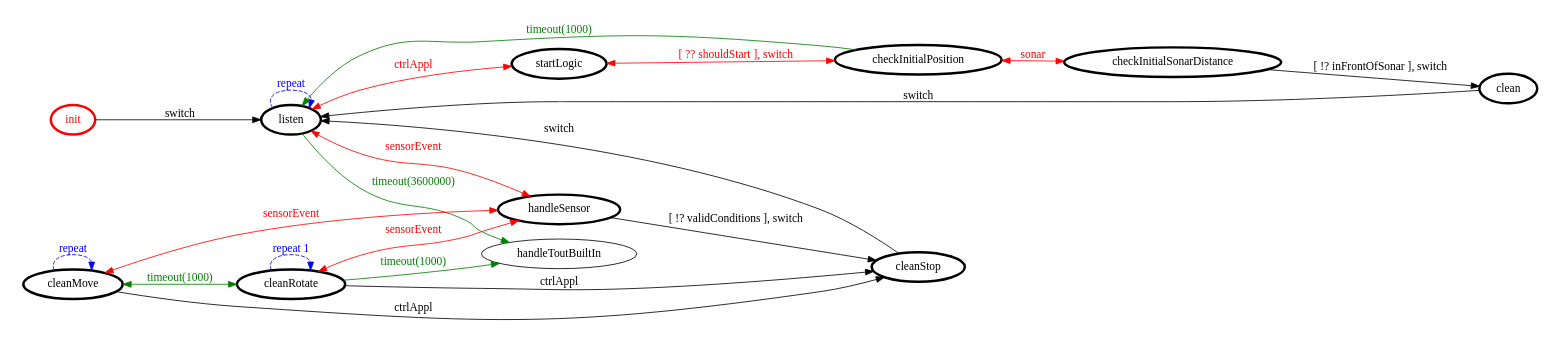
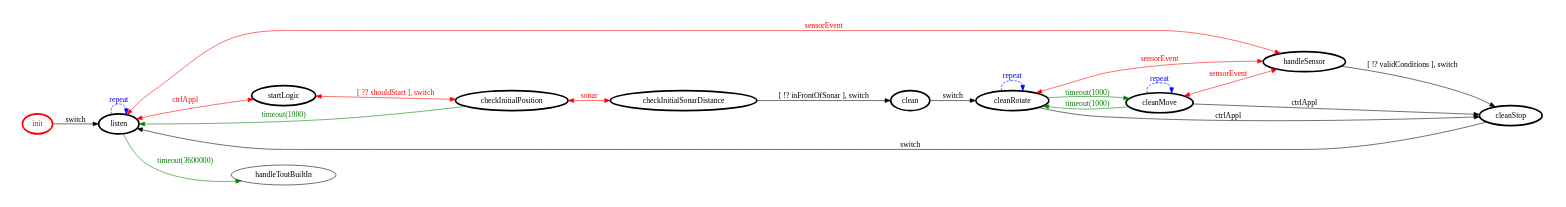
Before and after one commit to piscoTech/uniboIss2018: the diagram in it.unibo.finaltask/srcMore/it/unibo/webguiexecutor/webguiexecutor.gv, drawn with Graphviz. The commit also changed 3 other files, not shown here.

```diff
--- a/it.unibo.finaltask/srcMore/it/unibo/webguiexecutor/webguiexecutor.gv
+++ b/it.unibo.finaltask/srcMore/it/unibo/webguiexecutor/webguiexecutor.gv
@@ -1,43 +1,43 @@
 /*
 *
 * A GraphViz DOT FSM description 
 * Please use a GraphViz visualizer (like http://www.webgraphviz.com)
 *  
 */
 
 digraph finite_state_machine {
 	rankdir=LR
 	size="8,5"
 	
 	init [ color = red ][ fontcolor = red ][ penwidth = 3 ]
 	startLogic [ color = black ][ fontcolor = black ][ penwidth = 3 ]
 	handleSensor [ color = black ][ fontcolor = black ][ penwidth = 3 ]
 	checkInitialSonarDistance [ color = black ][ fontcolor = black ][ penwidth = 3 ]
 	clean [ color = black ][ fontcolor = black ][ penwidth = 3 ]
 	cleanStop [ color = black ][ fontcolor = black ][ penwidth = 3 ]
 	listen [ color = black ][ fontcolor = black ][ penwidth = 3 ]
 	checkInitialPosition [ color = black ][ fontcolor = black ][ penwidth = 3 ]
 	cleanMove [ color = black ][ fontcolor = black ][ penwidth = 3 ]
 	cleanRotate [ color = black ][ fontcolor = black ][ penwidth = 3 ]
 	
 	startLogic -> checkInitialPosition [ label = "[ ?? shouldStart ], switch" ][ color = red ][ fontcolor = red ][ dir = both ]
+	clean -> cleanRotate [ label = "switch" ][ color = black ][ fontcolor = black ]
 	cleanMove -> handleSensor [ label = "sensorEvent" ][ color = red ][ fontcolor = red ][ dir = both ]
-	cleanMove -> cleanRotate [ label = "timeout(1000)" ][ color = green ][ fontcolor = green ][ dir = both ]
+	cleanRotate -> cleanMove [ label = "timeout(1000)" ][ color = green ][ fontcolor = green ]
 	listen -> startLogic [ label = "ctrlAppl" ][ color = red ][ fontcolor = red ][ dir = both ]
 	cleanStop -> listen [ label = "switch" ][ color = black ][ fontcolor = black ]
 	checkInitialPosition -> checkInitialSonarDistance [ label = "sonar" ][ color = red ][ fontcolor = red ][ dir = both ]
 	cleanMove -> cleanStop [ label = "ctrlAppl" ][ color = black ][ fontcolor = black ]
-	cleanRotate -> handleToutBuiltIn [ label = "timeout(1000)" ][ color = green ][ fontcolor = green ]
 	cleanRotate -> cleanStop [ label = "ctrlAppl" ][ color = black ][ fontcolor = black ]
 	cleanRotate -> handleSensor [ label = "sensorEvent" ][ color = red ][ fontcolor = red ][ dir = both ]
 	listen -> handleSensor [ label = "sensorEvent" ][ color = red ][ fontcolor = red ][ dir = both ]
 	checkInitialPosition -> listen [ label = "timeout(1000)" ][ color = green ][ fontcolor = green ]
-	cleanRotate -> cleanRotate [ label = "repeat 1"][ style = dashed ][ color = blue ][ fontcolor = blue ]
 	listen -> handleToutBuiltIn [ label = "timeout(3600000)" ][ color = green ][ fontcolor = green ]
+	cleanMove -> cleanRotate [ label = "timeout(1000)" ][ color = green ][ fontcolor = green ]
 	listen -> listen [ label = "repeat "][ style = dashed ][ color = blue ][ fontcolor = blue ]
 	init -> listen [ label = "switch" ][ color = black ][ fontcolor = black ]
 	handleSensor -> cleanStop [ label = "[ !? validConditions ], switch" ][ color = black ][ fontcolor = black ]
 	cleanMove -> cleanMove [ label = "repeat "][ style = dashed ][ color = blue ][ fontcolor = blue ]
 	checkInitialSonarDistance -> clean [ label = "[ !? inFrontOfSonar ], switch" ][ color = black ][ fontcolor = black ]
-	clean -> listen [ label = "switch" ][ color = black ][ fontcolor = black ]
+	cleanRotate -> cleanRotate [ label = "repeat "][ style = dashed ][ color = blue ][ fontcolor = blue ]
 }
```
